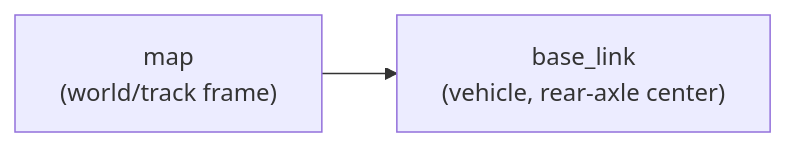
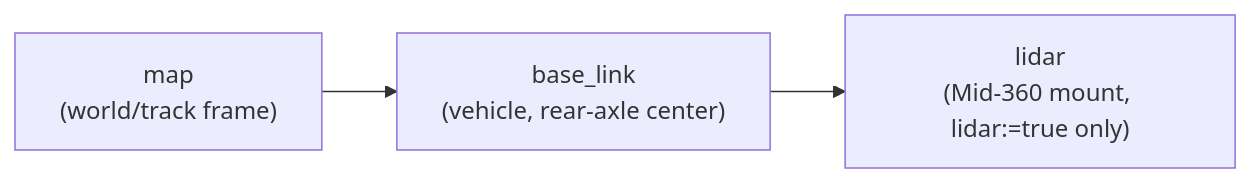
Before and after one commit to LonghornRacingElectric/lhre: the sixth of 7 diagrams in autonomy/ros2/README.md, drawn with Mermaid. The commit also changed other lines of this file and 6 other files, not shown here.

````diff
--- a/autonomy/ros2/README.md
+++ b/autonomy/ros2/README.md
@@ -401,4 +409,5 @@
 ```mermaid
 flowchart LR
     map["map<br>(world/track frame)"] --> base["base_link<br>(vehicle, rear-axle center)"]
+    base --> lidar["lidar<br>(Mid-360 mount, lidar:=true only)"]
 ```
````
